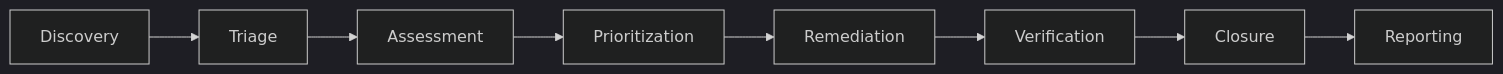
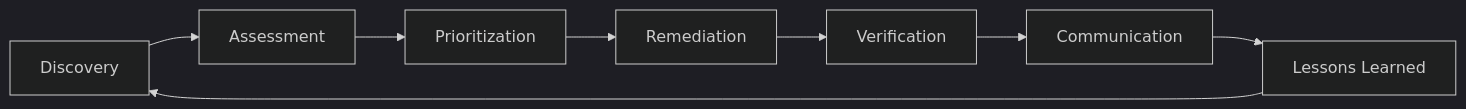
One commit to gunjanjp/gunj-operator changed the first of 2 diagrams in docs/compliance/vulnerability-management-process.md. Above: the diagram before and after it, drawn with Mermaid (dark theme). The commit also changed other lines of this file and 319 other files, not shown here.

````diff
--- a/docs/compliance/vulnerability-management-process.md
+++ b/docs/compliance/vulnerability-management-process.md
@@ -36,10 +27,10 @@
 ```mermaid
 graph LR
-    A[Discovery] --> B[Triage]
-    B --> C[Assessment]
-    C --> D[Prioritization]
-    D --> E[Remediation]
-    E --> F[Verification]
-    F --> G[Closure]
-    G --> H[Reporting]
+    A[Discovery] --> B[Assessment]
+    B --> C[Prioritization]
+    C --> D[Remediation]
+    D --> E[Verification]
+    E --> F[Communication]
+    F --> G[Lessons Learned]
+    G --> A
 ```
````
